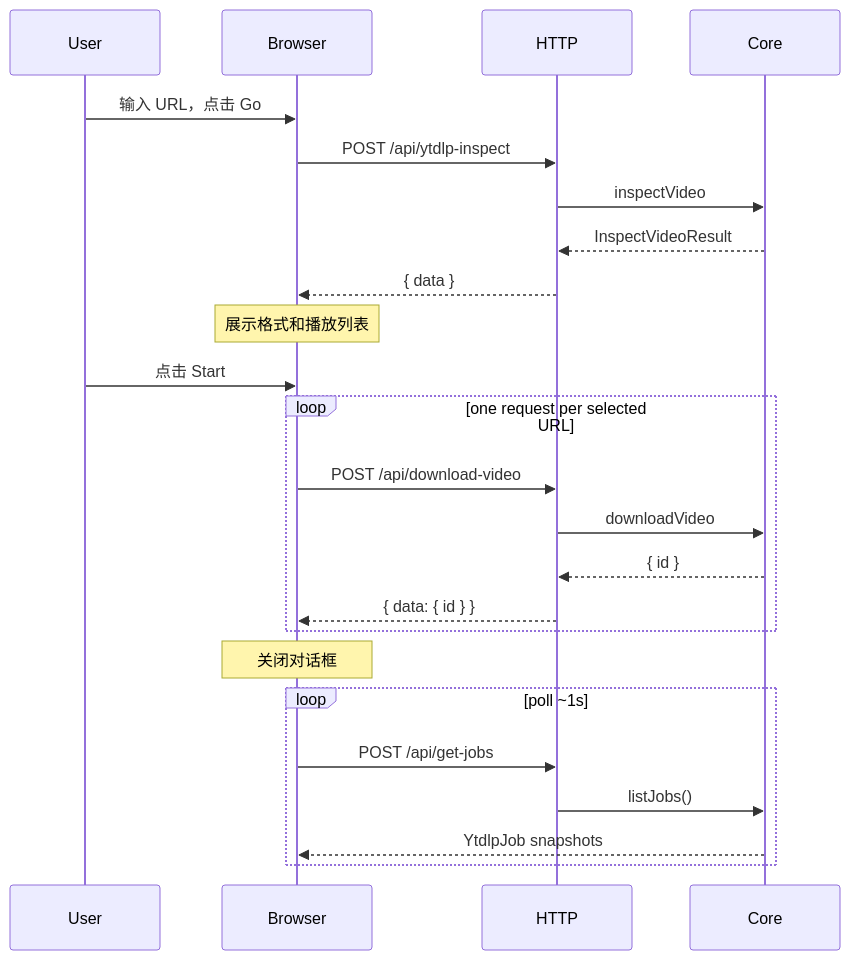
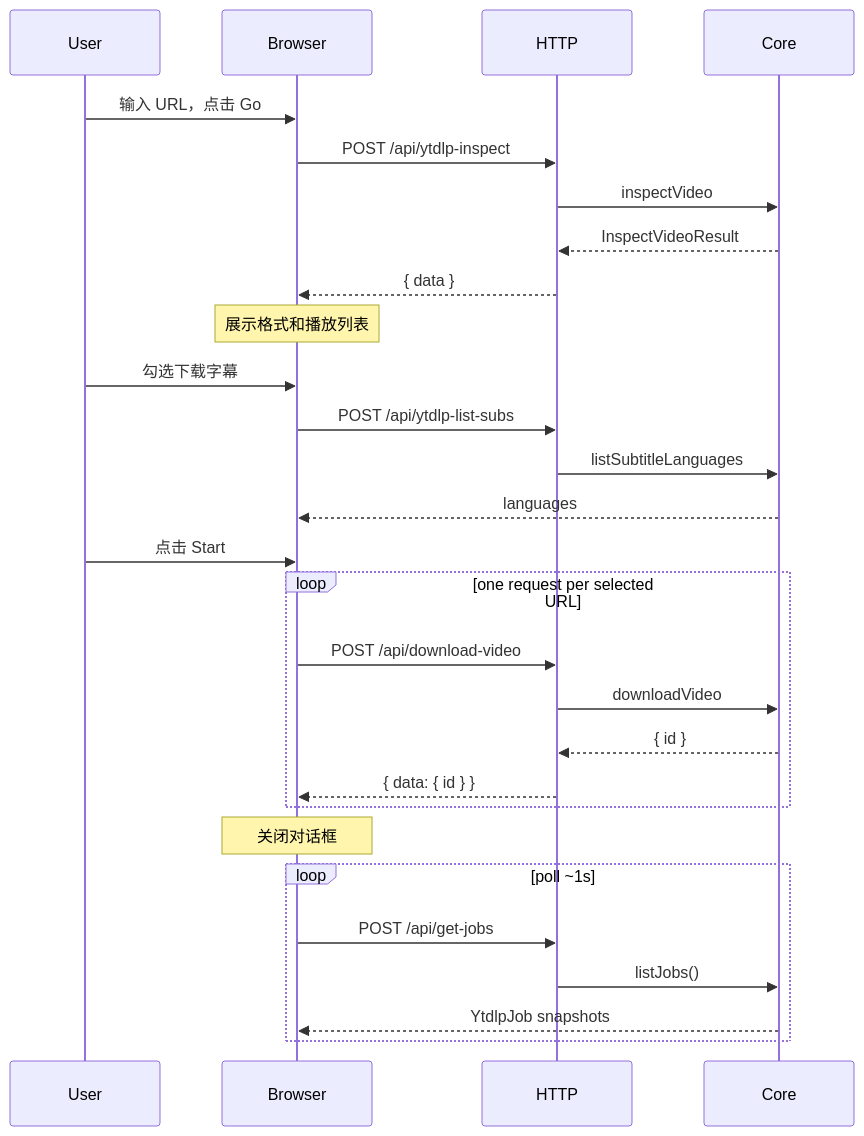
One commit to lawrenceching/SMM changed the second of 3 diagrams in docs/dev/download-video.md. Above: the diagram before and after it, drawn with Mermaid. The commit also changed other lines of this file and 42 other files, not shown here.

First line of the commit message:
feat(download): select subtitle languages and a POT provider URL

````diff
--- a/docs/dev/download-video.md
+++ b/docs/dev/download-video.md
@@ -213,29 +220,34 @@
 ```mermaid
 sequenceDiagram
   participant User
   participant Browser
   participant HTTP
   participant Core
 
   User->>Browser: 输入 URL，点击 Go
   Browser->>HTTP: POST /api/ytdlp-inspect
   HTTP->>Core: inspectVideo
   Core-->>HTTP: InspectVideoResult
   HTTP-->>Browser: { data }
   Note over Browser: 展示格式和播放列表
+
+  User->>Browser: 勾选下载字幕
+  Browser->>HTTP: POST /api/ytdlp-list-subs
+  HTTP->>Core: listSubtitleLanguages
+  Core-->>Browser: languages
 
   User->>Browser: 点击 Start
   loop one request per selected URL
     Browser->>HTTP: POST /api/download-video
     HTTP->>Core: downloadVideo
     Core-->>HTTP: { id }
     HTTP-->>Browser: { data: { id } }
   end
   Note over Browser: 关闭对话框
 
   loop poll ~1s
     Browser->>HTTP: POST /api/get-jobs
     HTTP->>Core: listJobs()
     Core-->>Browser: YtdlpJob snapshots
   end
 ```
````
